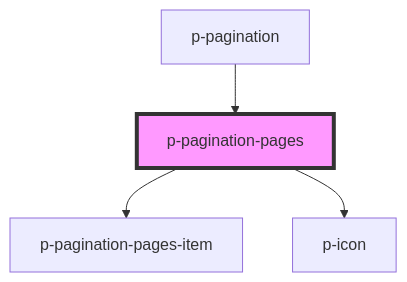
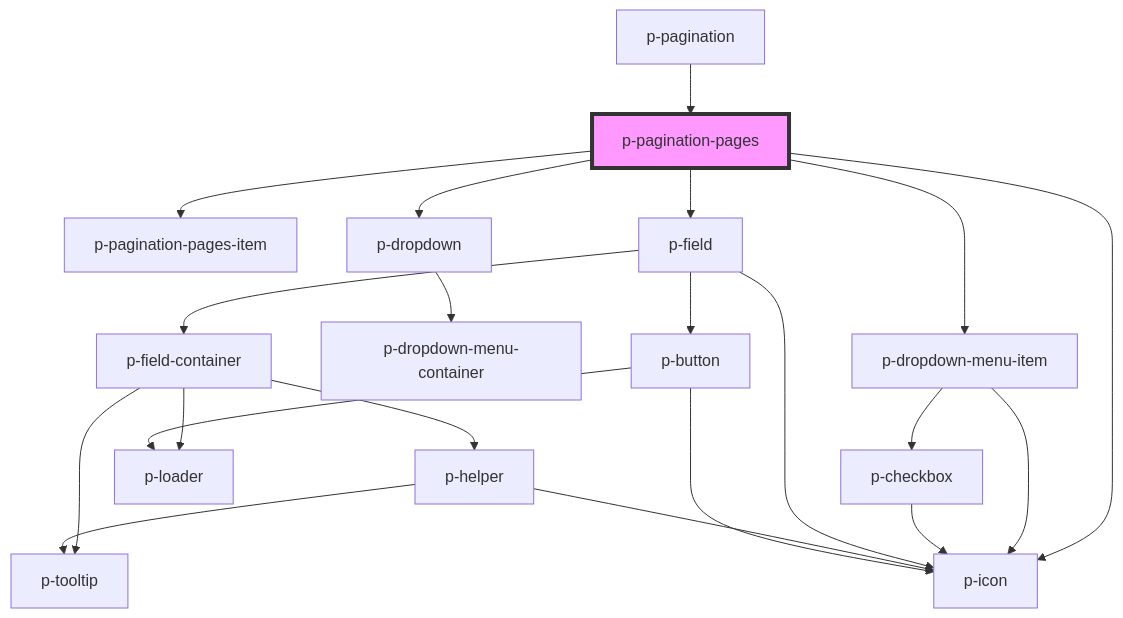
The diagram in packages/core/src/components/molecules/pagination/pages/readme.md (Employes/Paperless), drawn with Mermaid before and after one commit. The commit also changed other lines of this file and 6 other files, not shown here.

Commit message:
feat(molecules/pagination/pages): Add support for dropdown on ellipsis

````diff
--- a/packages/core/src/components/molecules/pagination/pages/readme.md
+++ b/packages/core/src/components/molecules/pagination/pages/readme.md
@@ -38,7 +42,24 @@
 ```mermaid
 graph TD;
   p-pagination-pages --> p-pagination-pages-item
+  p-pagination-pages --> p-dropdown
+  p-pagination-pages --> p-dropdown-menu-item
+  p-pagination-pages --> p-field
   p-pagination-pages --> p-icon
+  p-dropdown --> p-dropdown-menu-container
+  p-dropdown-menu-item --> p-icon
+  p-dropdown-menu-item --> p-checkbox
+  p-checkbox --> p-icon
+  p-field --> p-field-container
+  p-field --> p-icon
+  p-field --> p-button
+  p-field-container --> p-loader
+  p-field-container --> p-helper
+  p-field-container --> p-tooltip
+  p-helper --> p-tooltip
+  p-helper --> p-icon
+  p-button --> p-icon
+  p-button --> p-loader
   p-pagination --> p-pagination-pages
   style p-pagination-pages fill:#f9f,stroke:#333,stroke-width:4px
 ```
````
